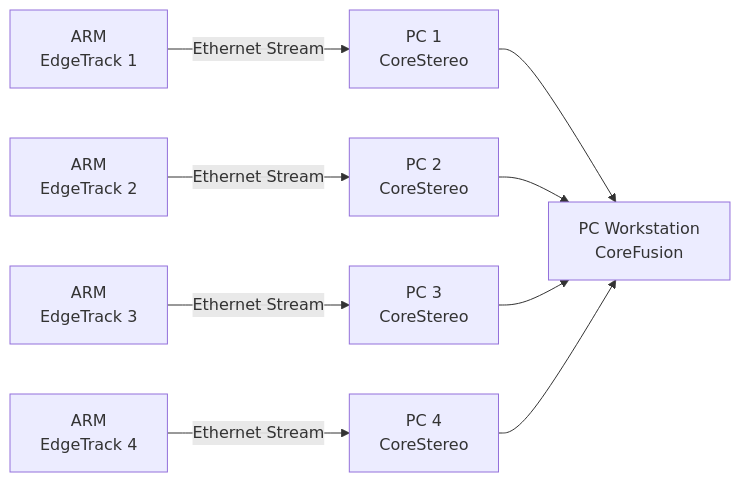
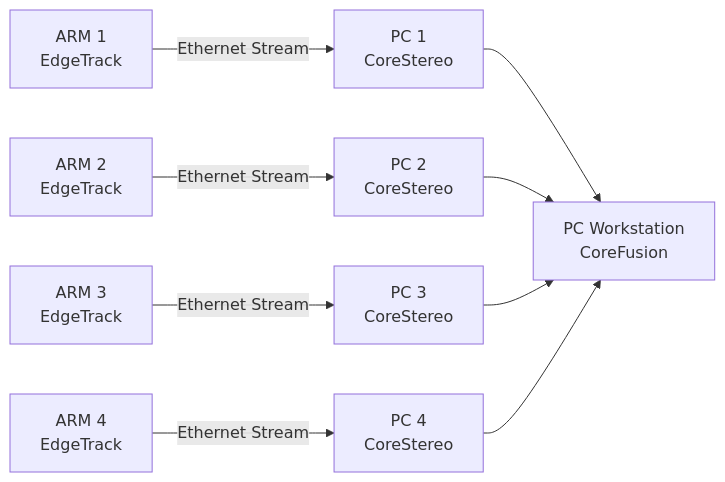
One commit to edgetrackorg/overview changed the fourth of 4 diagrams in README.md. Above: the diagram before and after it, drawn with Mermaid.

````diff
--- a/README.md
+++ b/README.md
@@ -177,12 +177,12 @@
 ```mermaid
 flowchart LR
-    E1[ARM\nEdgeTrack 1] -->|Ethernet Stream| P1[PC 1\nCoreStereo]
-    E2[ARM\nEdgeTrack 2] -->|Ethernet Stream| P2[PC 2\nCoreStereo]
-    E3[ARM\nEdgeTrack 3] -->|Ethernet Stream| P3[PC 3\nCoreStereo]
-    E4[ARM\nEdgeTrack 4] -->|Ethernet Stream| P4[PC 4\nCoreStereo]
+    E1[ARM 1\nEdgeTrack] -->|Ethernet Stream| P1[PC 1\nCoreStereo]
+    E2[ARM 2\nEdgeTrack] -->|Ethernet Stream| P2[PC 2\nCoreStereo]
+    E3[ARM 3\nEdgeTrack] -->|Ethernet Stream| P3[PC 3\nCoreStereo]
+    E4[ARM 4\nEdgeTrack] -->|Ethernet Stream| P4[PC 4\nCoreStereo]
 
     P1 --> F[PC Workstation\nCoreFusion]
     P2 --> F
     P3 --> F
     P4 --> F
 ```
````
